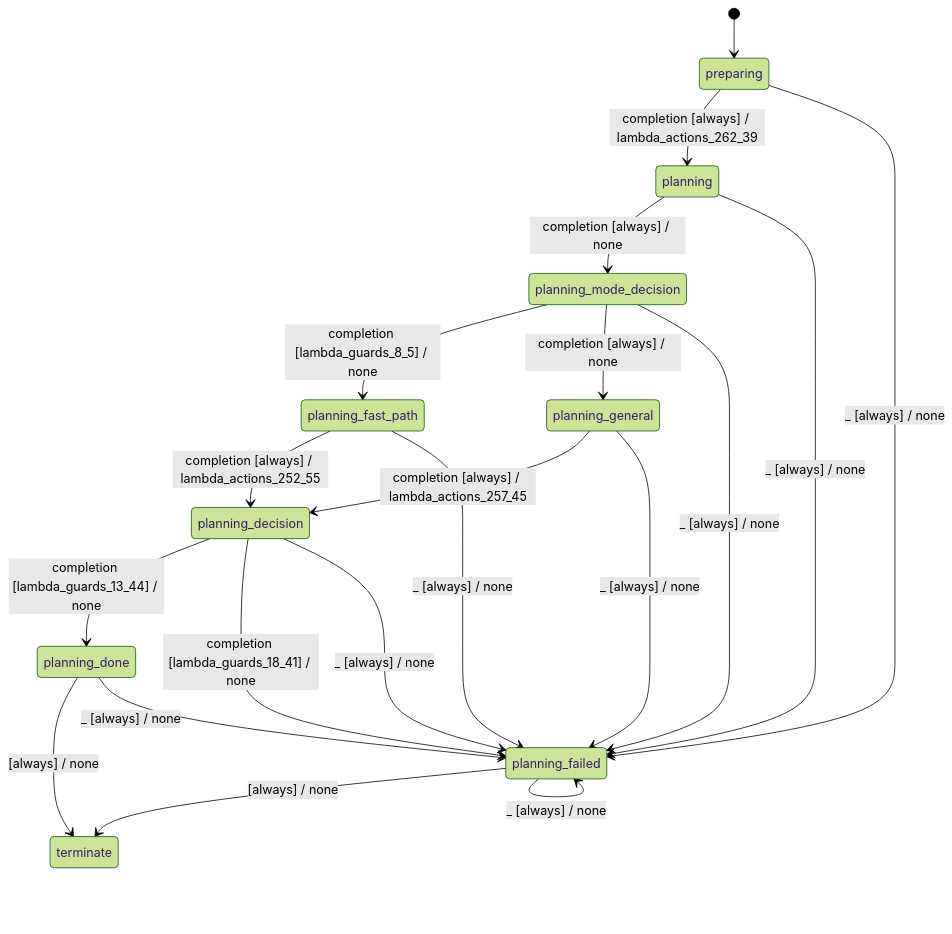
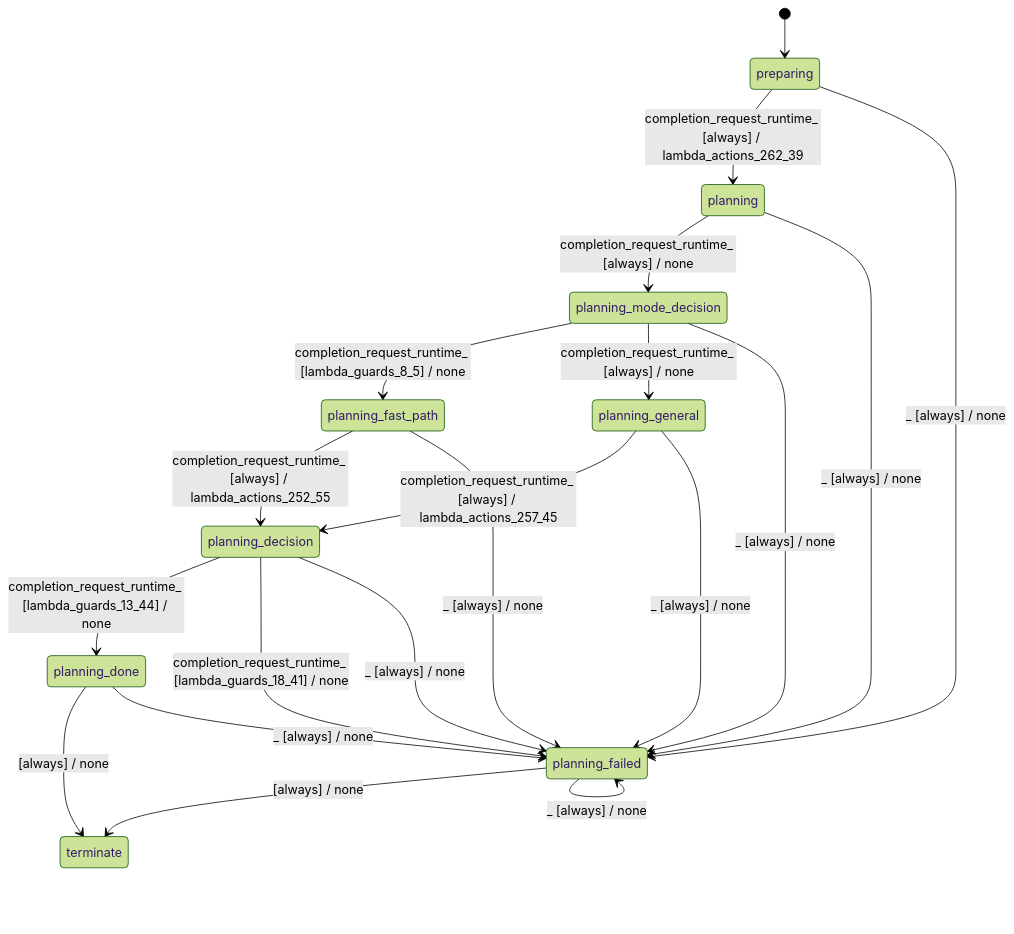
One commit to stateforward/emel.cpp changed the diagram in docs/architecture/batch_planner_modes_equal.md. Above: the diagram before and after it, drawn with Mermaid (forest theme). The commit also changed other lines of this file and 56 other files, not shown here.

Commit message:
docsgen: render typed completion events in generated diagrams

````diff
--- a/docs/architecture/batch_planner_modes_equal.md
+++ b/docs/architecture/batch_planner_modes_equal.md
@@ -7,23 +7,23 @@
 ```mermaid
 stateDiagram-v2
   direction TB
   [*] --> preparing
-  preparing --> planning : completion [always] / lambda_actions_262_39
-  planning --> planning_mode_decision : completion [always] / none
-  planning_mode_decision --> planning_fast_path : completion [lambda_guards_8_5] / none
-  planning_mode_decision --> planning_general : completion [always] / none
-  planning_fast_path --> planning_decision : completion [always] / lambda_actions_252_55
-  planning_general --> planning_decision : completion [always] / lambda_actions_257_45
-  planning_decision --> planning_done : completion [lambda_guards_13_44] / none
-  planning_decision --> planning_failed : completion [lambda_guards_18_41] / none
+  preparing --> planning : completion_request_runtime_ [always] / lambda_actions_262_39
+  planning --> planning_mode_decision : completion_request_runtime_ [always] / none
+  planning_mode_decision --> planning_fast_path : completion_request_runtime_ [lambda_guards_8_5] / none
+  planning_mode_decision --> planning_general : completion_request_runtime_ [always] / none
+  planning_fast_path --> planning_decision : completion_request_runtime_ [always] / lambda_actions_252_55
+  planning_general --> planning_decision : completion_request_runtime_ [always] / lambda_actions_257_45
+  planning_decision --> planning_done : completion_request_runtime_ [lambda_guards_13_44] / none
+  planning_decision --> planning_failed : completion_request_runtime_ [lambda_guards_18_41] / none
   planning_done --> terminate : [always] / none
   planning_failed --> terminate : [always] / none
   preparing --> planning_failed : _ [always] / none
   planning --> planning_failed : _ [always] / none
   planning_mode_decision --> planning_failed : _ [always] / none
   planning_fast_path --> planning_failed : _ [always] / none
   planning_general --> planning_failed : _ [always] / none
   planning_decision --> planning_failed : _ [always] / none
   planning_done --> planning_failed : _ [always] / none
   planning_failed --> planning_failed : _ [always] / none
 ```
````
